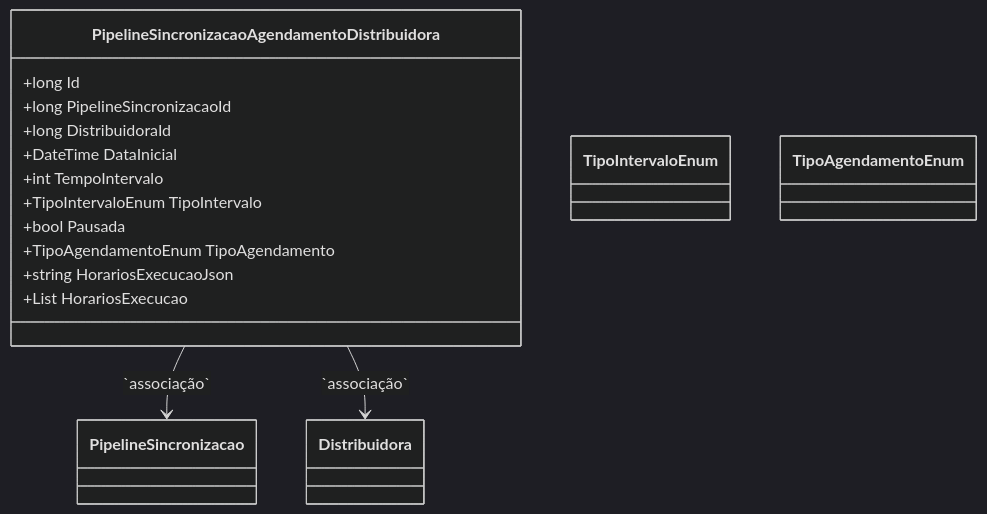
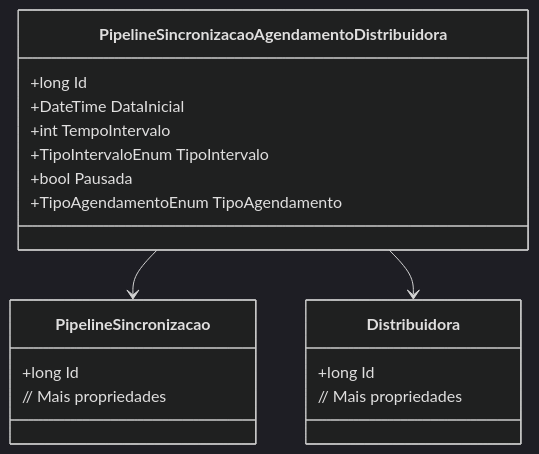
One commit to IsthmusSistemas/documentacao-tecnica changed the second of 2 diagrams in docs/b2b-dominio/IsthmusWinthor.Nucleo/IsthmusWinthor.Dominio/Entidades/PipelineSincronizacaoAgendamentoDistribuidora.md. Above: the diagram before and after it, drawn with Mermaid (dark theme). The commit also changed other lines of this file and 882 other files, not shown here.

````diff
--- a/docs/b2b-dominio/IsthmusWinthor.Nucleo/IsthmusWinthor.Dominio/Entidades/PipelineSincronizacaoAgendamentoDistribuidora.md
+++ b/docs/b2b-dominio/IsthmusWinthor.Nucleo/IsthmusWinthor.Dominio/Entidades/PipelineSincronizacaoAgendamentoDistribuidora.md
@@ -47,23 +50,24 @@
 ```mermaid
 classDiagram
     class PipelineSincronizacaoAgendamentoDistribuidora {
         +long Id
-        +long PipelineSincronizacaoId
-        +long DistribuidoraId
         +DateTime DataInicial
         +int TempoIntervalo
         +TipoIntervaloEnum TipoIntervalo
         +bool Pausada
         +TipoAgendamentoEnum TipoAgendamento
-        +string HorariosExecucaoJson
-        +List<TimeSpan> HorariosExecucao
     }
     
-    class PipelineSincronizacao {}
-    class Distribuidora {}
-    class TipoIntervaloEnum {}
-    class TipoAgendamentoEnum {}
+    class PipelineSincronizacao {
+        +long Id
+        // Mais propriedades
+    }
 
-    PipelineSincronizacaoAgendamentoDistribuidora --> PipelineSincronizacao : `associação`
-    PipelineSincronizacaoAgendamentoDistribuidora --> Distribuidora : `associação`
+    class Distribuidora {
+        +long Id
+        // Mais propriedades
+    }
+
+    PipelineSincronizacaoAgendamentoDistribuidora --> PipelineSincronizacao
+    PipelineSincronizacaoAgendamentoDistribuidora --> Distribuidora
 ```
````
